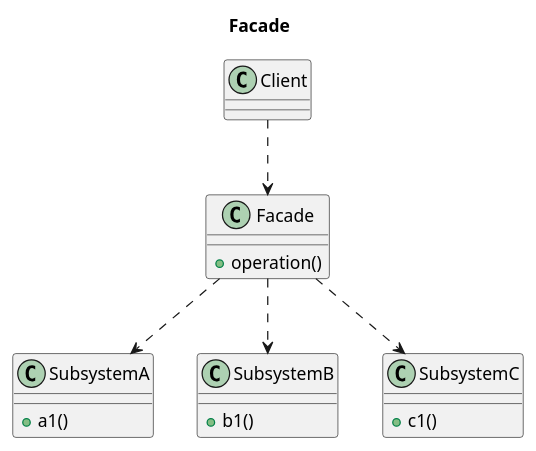
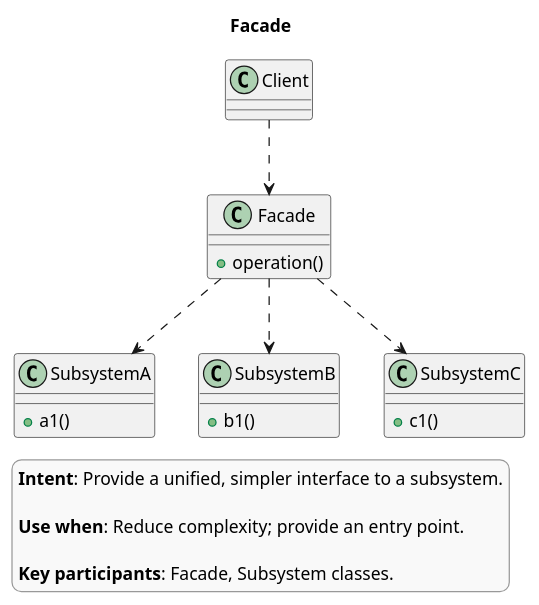
The diagram in theory/structural/facade/class.puml (AkselErenberk/design-patterns), drawn with PlantUML before and after one commit. The commit also changed 26 other files, not shown here.

Commit message:
design pattern class diagrams

```diff
--- a/theory/structural/facade/class.puml
+++ b/theory/structural/facade/class.puml
@@ -1,24 +1,35 @@
 @startuml
 title Facade
+
+skinparam legendBackgroundColor #f9f9f9
+skinparam legendBorderColor #999999
+
+legend right
+**Intent**: Provide a unified, simpler interface to a subsystem.
+
+**Use when**: Reduce complexity; provide an entry point.
+
+**Key participants**: Facade, Subsystem classes.
+endlegend
 
 class Facade {
   +operation()
 }
 
 class SubsystemA {
   +a1()
 }
 class SubsystemB {
   +b1()
 }
 class SubsystemC {
   +c1()
 }
 
 Facade ..> SubsystemA
 Facade ..> SubsystemB
 Facade ..> SubsystemC
 
 class Client
 Client ..> Facade
 @enduml
```
